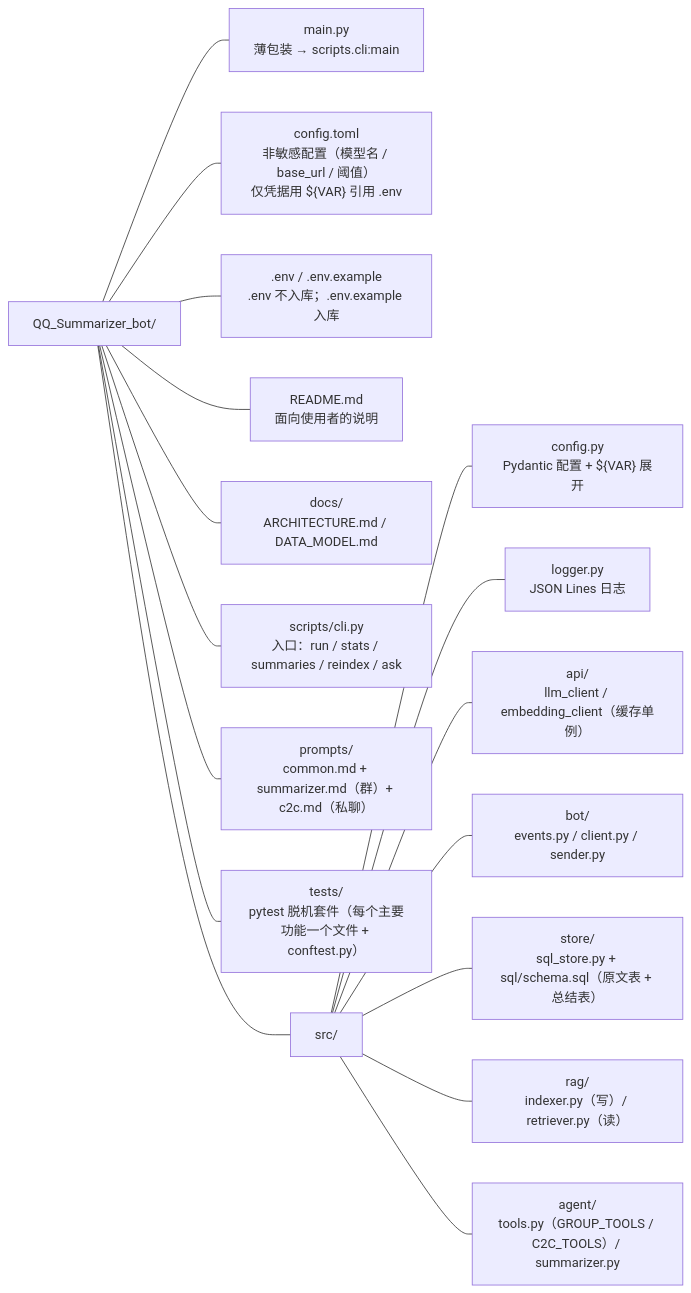
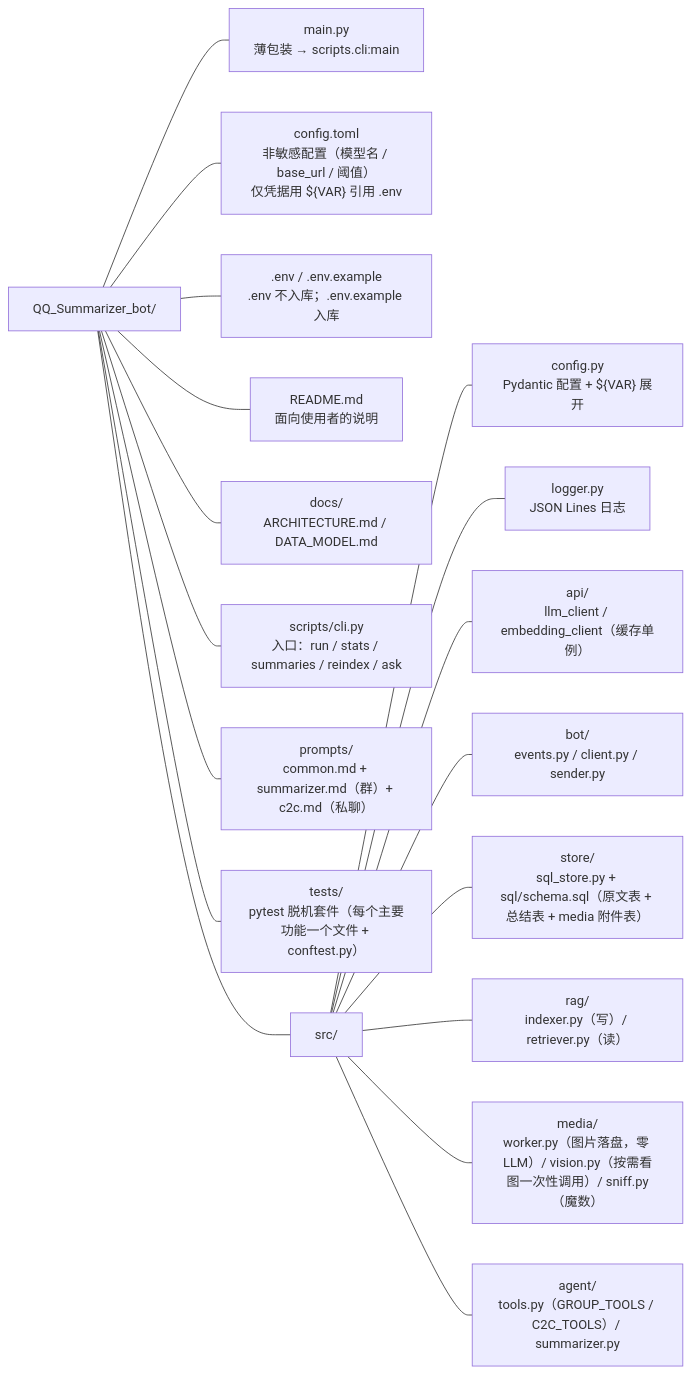
One commit to ttzc/QQ_Summarizer_bot changed the first of 2 diagrams in CLAUDE.md. Above: the diagram before and after it, drawn with Mermaid. The commit also changed other lines of this file and 20 other files, not shown here.

First line of the commit message:
M2 实现：图片落盘（日期分桶）+ view_image 按需看图 + 描述缓存

````diff
--- a/CLAUDE.md
+++ b/CLAUDE.md
@@ -15,21 +15,22 @@
 ```mermaid
 flowchart LR
     ROOT["QQ_Summarizer_bot/"]
     ROOT --- MAIN["main.py<br/>薄包装 → scripts.cli:main"]
     ROOT --- CFG["config.toml<br/>非敏感配置（模型名 / base_url / 阈值）<br/>仅凭据用 ${VAR} 引用 .env"]
     ROOT --- ENVF[".env / .env.example<br/>.env 不入库；.env.example 入库"]
     ROOT --- RD["README.md<br/>面向使用者的说明"]
     ROOT --- DOCS["docs/<br/>ARCHITECTURE.md / DATA_MODEL.md"]
     ROOT --- CLI["scripts/cli.py<br/>入口：run / stats / summaries / reindex / ask"]
     ROOT --- PROMPT["prompts/<br/>common.md + summarizer.md（群）+ c2c.md（私聊）"]
     ROOT --- TEST["tests/<br/>pytest 脱机套件（每个主要功能一个文件 + conftest.py）"]
     ROOT --- SRC["src/"]
 
     SRC --- SC["config.py<br/>Pydantic 配置 + ${VAR} 展开"]
     SRC --- SL["logger.py<br/>JSON Lines 日志"]
     SRC --- SA["api/<br/>llm_client / embedding_client（缓存单例）"]
     SRC --- SB["bot/<br/>events.py / client.py / sender.py"]
-    SRC --- SS["store/<br/>sql_store.py + sql/schema.sql（原文表 + 总结表）"]
+    SRC --- SS["store/<br/>sql_store.py + sql/schema.sql（原文表 + 总结表 + media 附件表）"]
     SRC --- SR["rag/<br/>indexer.py（写）/ retriever.py（读）"]
+    SRC --- SM["media/<br/>worker.py（图片落盘，零 LLM）/ vision.py（按需看图一次性调用）/ sniff.py（魔数）"]
     SRC --- SG["agent/<br/>tools.py（GROUP_TOOLS / C2C_TOOLS）/ summarizer.py"]
 ```
````
